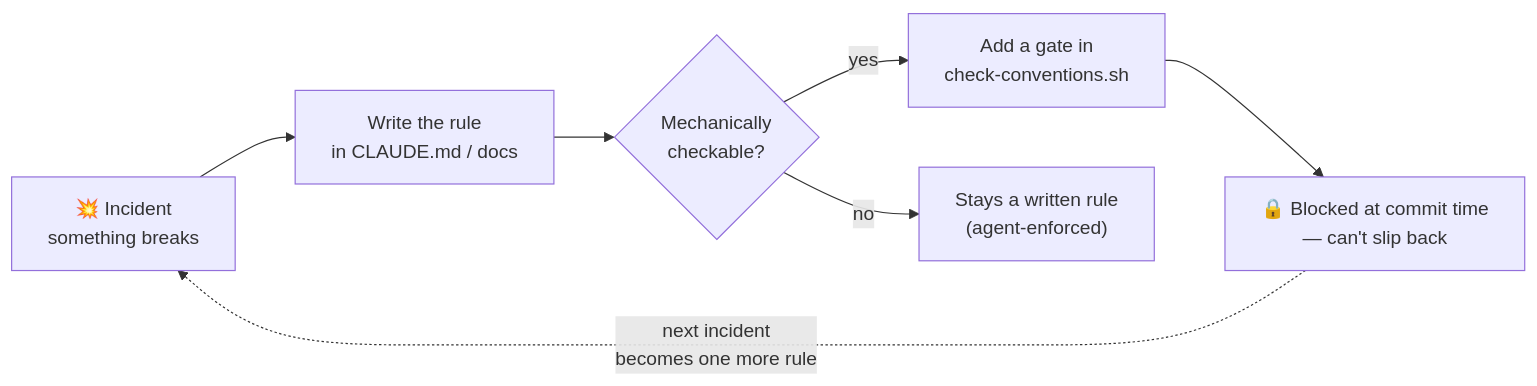
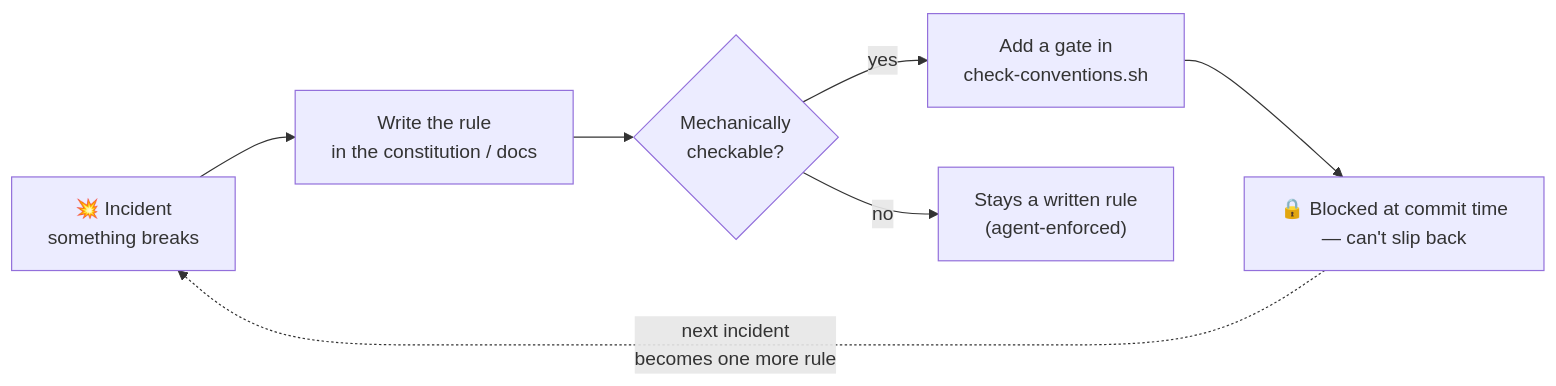
The third of 5 diagrams in README.md (icurfer/ic-praxis), drawn with Mermaid before and after one commit. The commit also changed other lines of this file and 1 other file, not shown here.

First line of the commit message:
docs: agent-neutral README diagrams — Codex alongside Claude Code

````diff
--- a/README.md
+++ b/README.md
@@ -183,9 +190,9 @@
 ```mermaid
 flowchart LR
-    I["💥 Incident<br/>something breaks"] --> W["Write the rule<br/>in CLAUDE.md / docs"]
+    I["💥 Incident<br/>something breaks"] --> W["Write the rule<br/>in the constitution / docs"]
     W --> Q{"Mechanically<br/>checkable?"}
     Q -- yes --> G["Add a gate in<br/>check-conventions.sh"]
     Q -- no --> R["Stays a written rule<br/>(agent-enforced)"]
     G --> P["🔒 Blocked at commit time<br/>— can't slip back"]
     P -. "next incident<br/>becomes one more rule" .-> I
 ```
````
